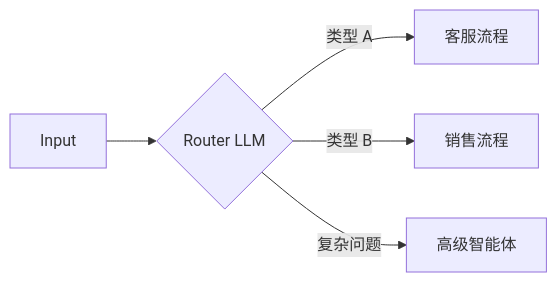
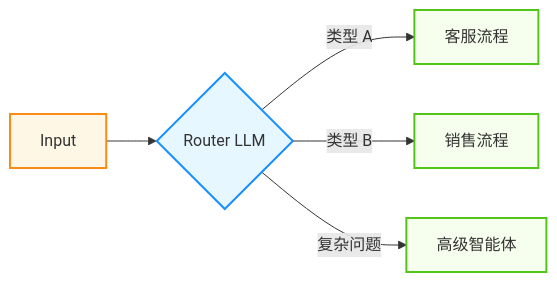
Before and after one commit to yeasy/agentic_ai_guide: the second of 6 diagrams in 09_agentops/9.1_design_patterns.md, drawn with Mermaid. The commit also changed other lines of this file and 36 other files, not shown here.

````diff
--- a/09_agentops/9.1_design_patterns.md
+++ b/09_agentops/9.1_design_patterns.md
@@ -48,7 +55,16 @@
 ```mermaid
 graph LR
+    %% Agentic Design System
+    classDef user fill:#fff7e6,stroke:#fa8c16,stroke-width:2px;
+    classDef agent fill:#e6f7ff,stroke:#1890ff,stroke-width:2px;
+    classDef tool fill:#f6ffed,stroke:#52c41a,stroke-width:2px;
+
     Input --> Router{Router LLM}
     Router -->|类型 A| HandlerA[客服流程]
     Router -->|类型 B| HandlerB[销售流程]
     Router -->|复杂问题| HandlerC[高级智能体]
+    
+    class Input user;
+    class Router agent;
+    class HandlerA,HandlerB,HandlerC tool;
 ```
````
